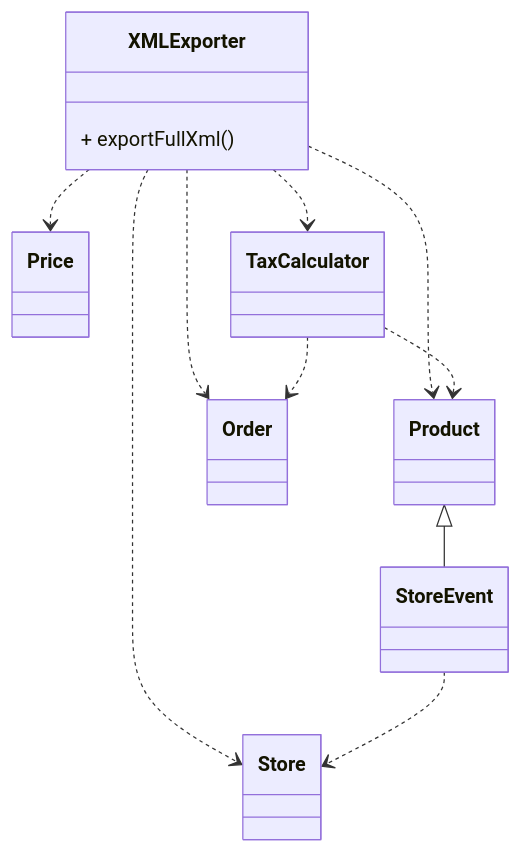
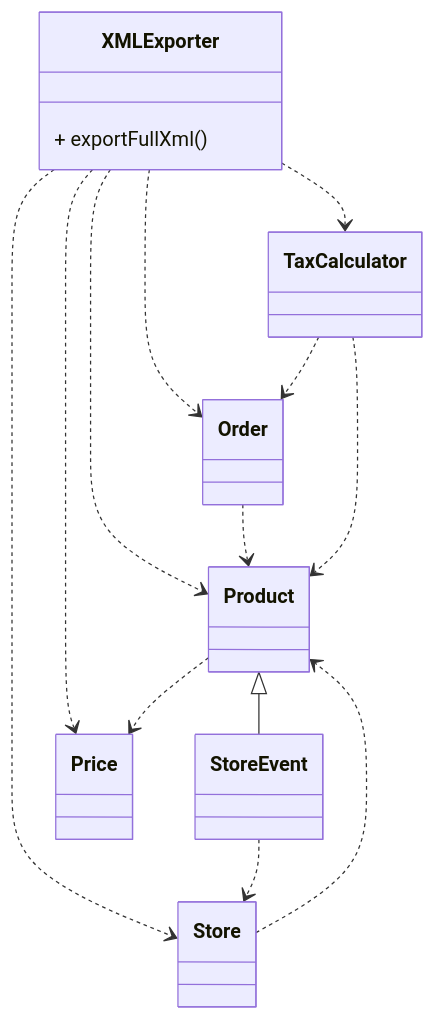
Before and after one commit to sewera/refactoring-to-patterns-presentation: the first of 2 diagrams in slides.md, drawn with Mermaid. The commit also changed other lines of this file, not shown here.

Commit message:
feat: update mermaid charts

````diff
--- a/slides.md
+++ b/slides.md
@@ -473,15 +473,18 @@
-```mermaid
+```mermaid {scale: 0.6}
 classDiagram
     Product <|-- StoreEvent
     XMLExporter ..> Product
     XMLExporter ..> Store
     XMLExporter ..> Price
     XMLExporter ..> Order
     StoreEvent ..> Store
+    Store ..> Product
+    Order ..> Product
+    Product ..> Price
     XMLExporter ..> TaxCalculator
     TaxCalculator ..> Order
     TaxCalculator ..> Product
     class XMLExporter {
         + exportFullXml()
     }
 ```
````
